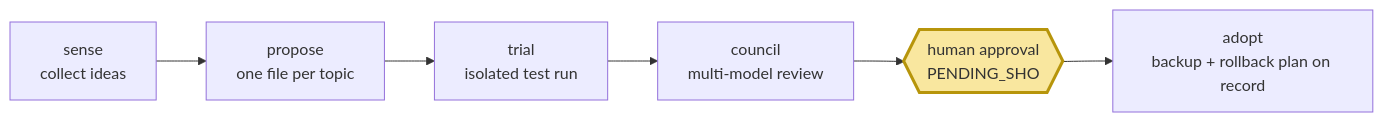
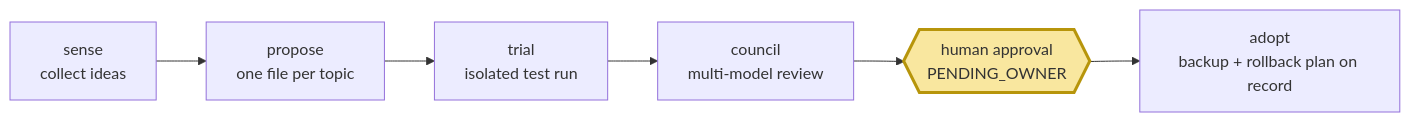
One commit to caty-ai/self-growth-loop changed the diagram in README.ja.md. Above: the diagram before and after it, drawn with Mermaid. The commit also changed other lines of this file and 22 other files, not shown here.

Commit message:
rename PENDING_SHO to PENDING_OWNER with a one-release legacy read window (#10)

````diff
--- a/README.ja.md
+++ b/README.ja.md
@@ -39,9 +39,9 @@
 ```mermaid
 flowchart LR
     S[sense<br/>collect ideas] --> P[propose<br/>one file per topic]
     P --> T[trial<br/>isolated test run]
     T --> C[council<br/>multi-model review]
-    C --> H{{human approval<br/>PENDING_SHO}}
+    C --> H{{human approval<br/>PENDING_OWNER}}
     H --> A[adopt<br/>backup + rollback plan on record]
     style H fill:#f9e79f,stroke:#b7950b,stroke-width:3px
 ```
````
